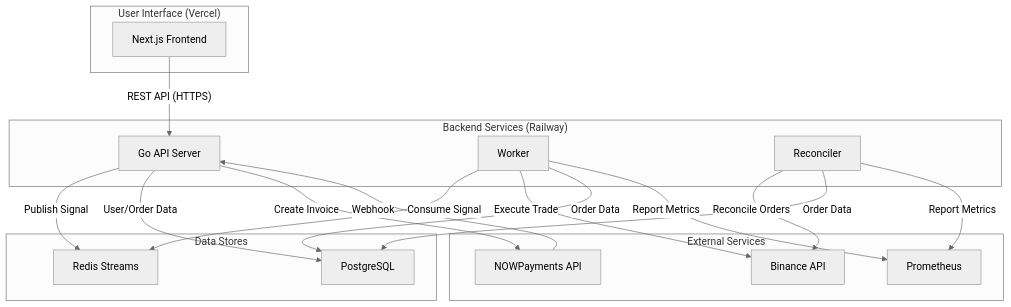
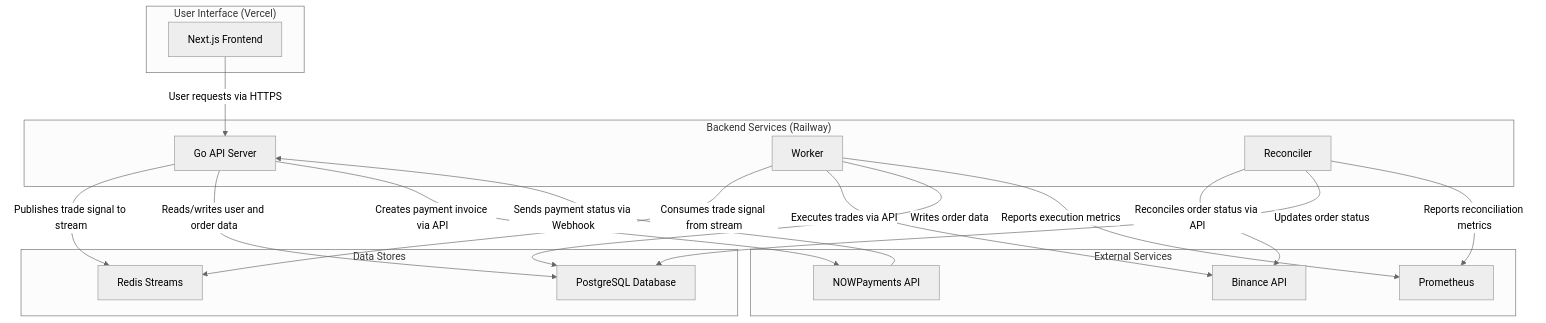
The diagram in PROJECT_SPEC.md (khbm0110/cc), drawn with Mermaid (neutral theme) before and after one commit. The commit also changed other lines of this file, not shown here.

````diff
--- a/PROJECT_SPEC.md
+++ b/PROJECT_SPEC.md
@@ -9,36 +9,36 @@
 ```mermaid
 graph TD
     subgraph "User Interface (Vercel)"
         A[Next.js Frontend]
     end
 
     subgraph "Backend Services (Railway)"
         B[Go API Server]
         C[Worker]
         D[Reconciler]
     end
 
     subgraph "Data Stores"
-        E[PostgreSQL]
+        E[PostgreSQL Database]
         F[Redis Streams]
     end
 
     subgraph "External Services"
         G[Binance API]
         H[NOWPayments API]
         I[Prometheus]
     end
 
-    A -- "REST API (HTTPS)" --> B
-    B -- "Publish Signal" --> F
-    C -- "Consume Signal" --> F
-    C -- "Execute Trade" --> G
-    D -- "Reconcile Orders" --> G
-    B -- "User/Order Data" --> E
-    C -- "Order Data" --> E
-    D -- "Order Data" --> E
-    B -- "Create Invoice" --> H
-    H -- "Webhook" --> B
-    C -- "Report Metrics" --> I
-    D -- "Report Metrics" --> I
+    A -- "User requests via HTTPS" --> B;
+    B -- "Publishes trade signal to stream" --> F;
+    C -- "Consumes trade signal from stream" --> F;
+    C -- "Executes trades via API" --> G;
+    D -- "Reconciles order status via API" --> G;
+    B -- "Reads/writes user and order data" --> E;
+    C -- "Writes order data" --> E;
+    D -- "Updates order status" --> E;
+    B -- "Creates payment invoice via API" --> H;
+    H -- "Sends payment status via Webhook" --> B;
+    C -- "Reports execution metrics" --> I;
+    D -- "Reports reconciliation metrics" --> I;
 ```
````
